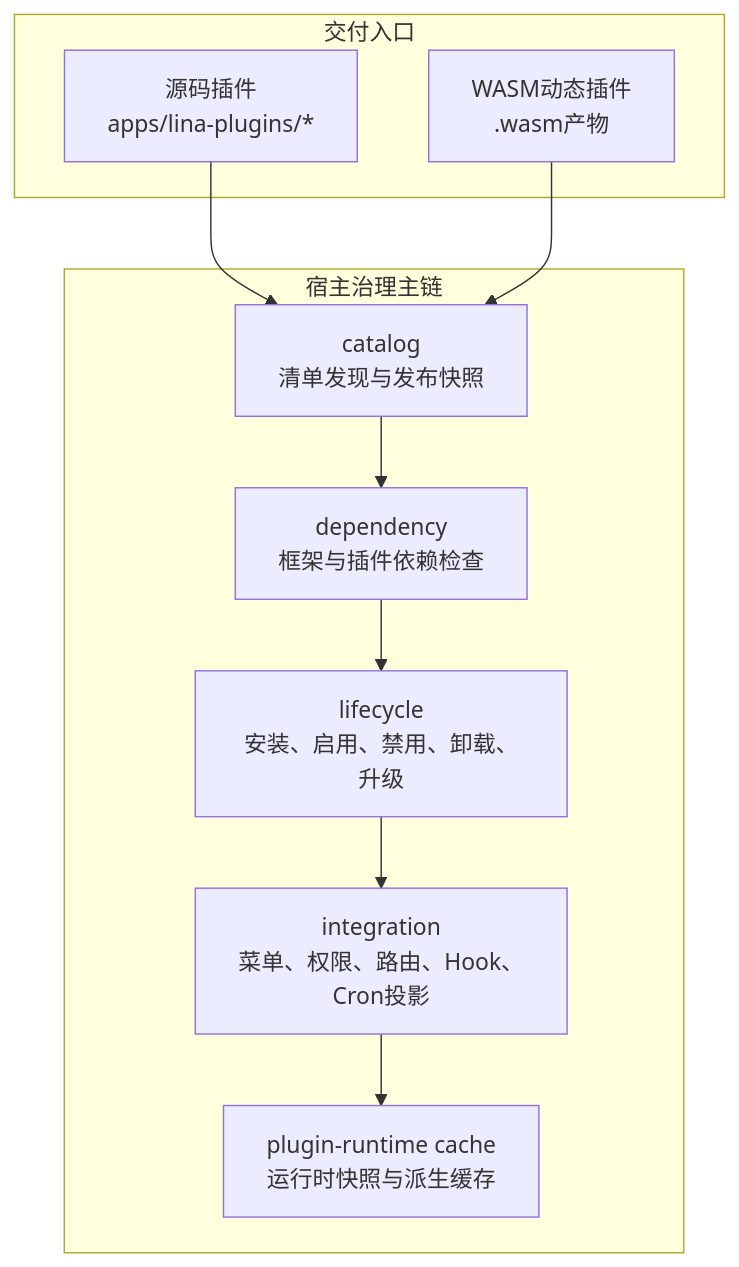
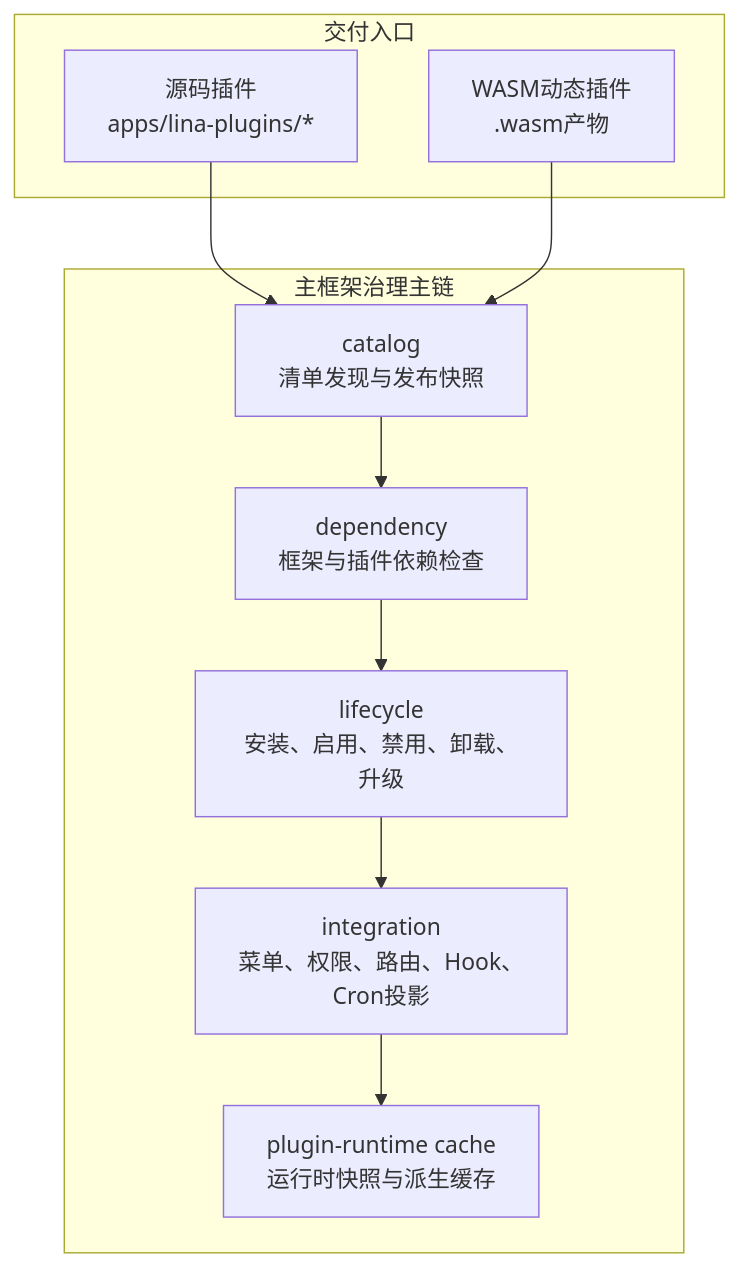
Before and after one commit to linaproai/linapro-site: the first of 2 diagrams in apps/lina-site/docs/docs/2000-components/5000-plugin-system/5000-plugin-system.md, drawn with Mermaid. The commit also changed other lines of this file and 93 other files, not shown here.

````diff
--- a/apps/lina-site/docs/docs/2000-components/5000-plugin-system/5000-plugin-system.md
+++ b/apps/lina-site/docs/docs/2000-components/5000-plugin-system/5000-plugin-system.md
@@ -66,22 +66,22 @@
 ```mermaid
 flowchart TD
     subgraph Delivery["交付入口"]
         Source["源码插件<br/>apps/lina-plugins/*"]
         Dynamic["WASM动态插件<br/>.wasm产物"]
     end
 
-    subgraph Pipeline["宿主治理主链"]
+    subgraph Pipeline["主框架治理主链"]
         Catalog["catalog<br/>清单发现与发布快照"]
         Dependency["dependency<br/>框架与插件依赖检查"]
         Lifecycle["lifecycle<br/>安装、启用、禁用、卸载、升级"]
         Integration["integration<br/>菜单、权限、路由、Hook、Cron投影"]
         Cache["plugin-runtime cache<br/>运行时快照与派生缓存"]
     end
 
     Source --> Catalog
     Dynamic --> Catalog
     Catalog --> Dependency
     Dependency --> Lifecycle
     Lifecycle --> Integration
     Integration --> Cache
 ```
````
